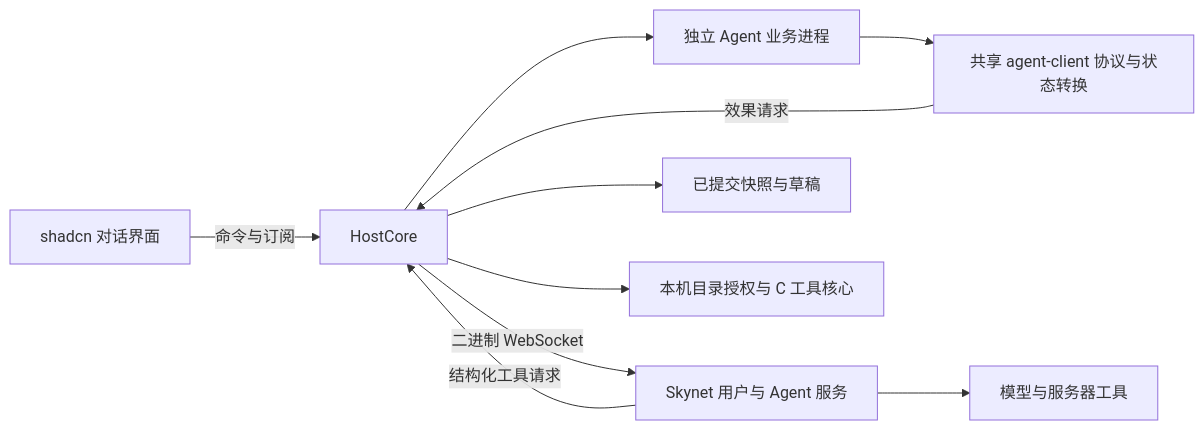
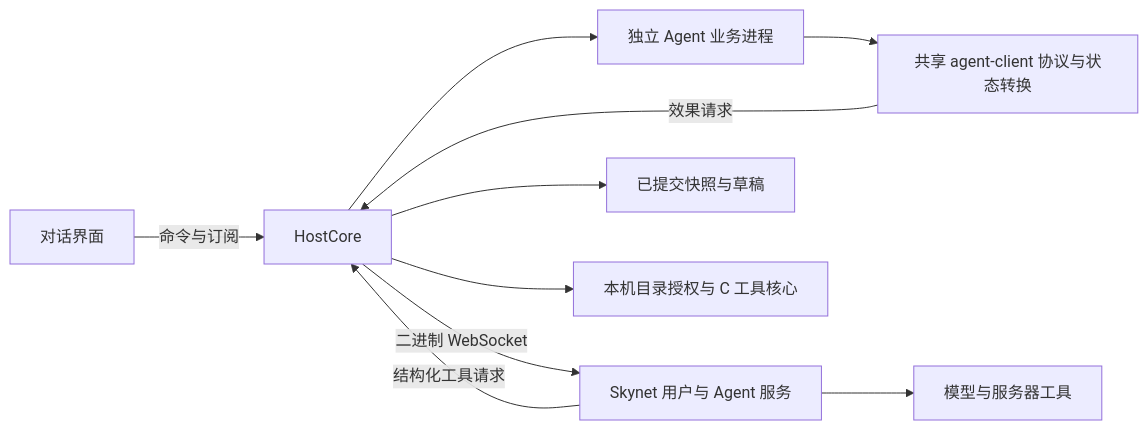
One commit to dingdalong/skynet_agent changed the diagram in docs/architecture/CLIENT_AGENT.md. Above: the diagram before and after it, drawn with Mermaid. The commit also changed 43 other files, not shown here.

````diff
--- a/docs/architecture/CLIENT_AGENT.md
+++ b/docs/architecture/CLIENT_AGENT.md
@@ -9,12 +9,12 @@
 ```mermaid
 flowchart LR
-    UI[shadcn 对话界面] -->|命令与订阅| Host[HostCore]
+    UI[对话界面] -->|命令与订阅| Host[HostCore]
     Host --> Actor[独立 Agent 业务进程]
     Actor --> Protocol[共享 agent-client 协议与状态转换]
     Protocol -->|效果请求| Host
     Host -->|二进制 WebSocket| Server[Skynet 用户与 Agent 服务]
     Server --> Model[模型与服务器工具]
     Host --> Store[已提交快照与草稿]
     Server -->|结构化工具请求| Host
     Host --> Local[本机目录授权与 C 工具核心]
 ```
````
